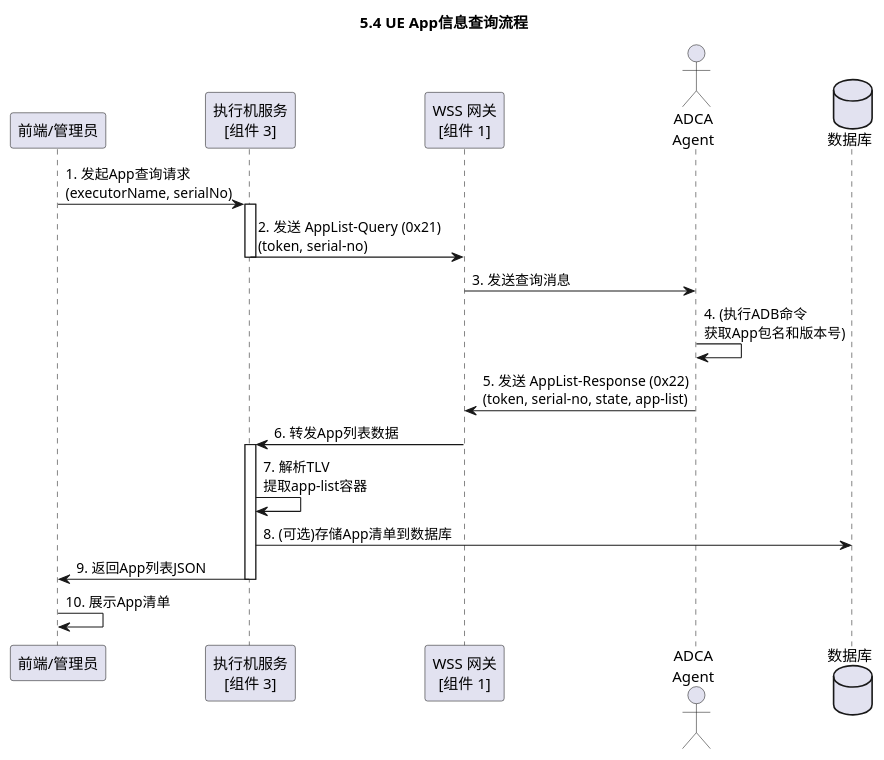
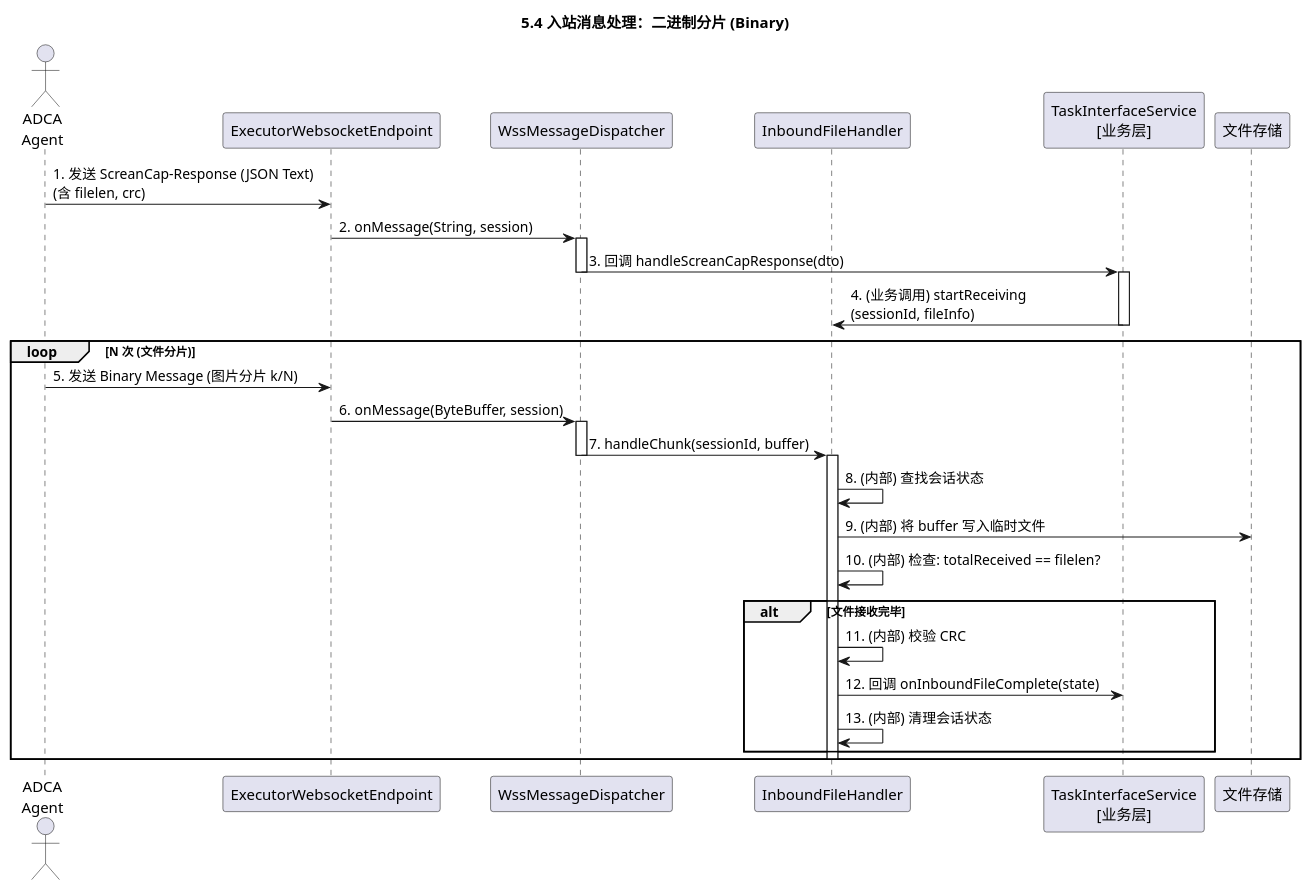
Before and after one commit to GuiHongli/DialTestCenter: the sixth of 8 diagrams in AR软件实现设计文档/执行机管理/执行机管理-WebSocket通信协议设计.md, drawn with PlantUML. The commit also changed other lines of this file and 48 other files, not shown here.

````diff
--- a/AR软件实现设计文档/执行机管理/执行机管理-WebSocket通信协议设计.md
+++ b/AR软件实现设计文档/执行机管理/执行机管理-WebSocket通信协议设计.md
@@ -596,32 +757,46 @@
 ```plantuml
 @startuml
-title 5.4 UE App信息查询流程
+title 5.4 入站消息处理：二进制分片 (Binary)
 
-participant "前端/管理员" as Admin
-participant "执行机服务\n[组件 3]" as ExecService
-participant "WSS 网关\n[组件 1]" as Wss
 actor "ADCA\nAgent" as Agent
-database "数据库" as DB
+participant "ExecutorWebsocketEndpoint" as Endpoint
+participant "WssMessageDispatcher" as Dispatcher
+participant "InboundFileHandler" as InboundHandler
+participant "TaskInterfaceService\n[业务层]" as TaskService
+participant "文件存储" as Storage
 
-Admin -> ExecService : 1. 发起App查询请求\n(executorName, serialNo)
-activate ExecService
-    ExecService -> Wss : 2. 发送 AppList-Query (0x21)\n(token, serial-no)
-deactivate ExecService
+' 步骤 1: JSON 信令先到达 (按 5.3 流程)
+Agent -> Endpoint : 1. 发送 ScreanCap-Response (JSON Text)\n(含 filelen, crc)
+Endpoint -> Dispatcher : 2. onMessage(String, session)
+activate Dispatcher
+    Dispatcher -> TaskService : 3. 回调 handleScreanCapResponse(dto)
+deactivate Dispatcher
 
-Wss -> Agent : 3. 发送查询消息
+activate TaskService
+    ' 业务层告知通信层准备接收文件
+    TaskService -> InboundHandler : 4. (业务调用) startReceiving\n(sessionId, fileInfo)
+deactivate TaskService
 
-Agent -> Agent : 4. (执行ADB命令\n获取App包名和版本号)
+' 步骤 2: 二进制分片连续到达
+loop N 次 (文件分片)
+    Agent -> Endpoint : 5. 发送 Binary Message (图片分片 k/N)
+    Endpoint -> Dispatcher : 6. onMessage(ByteBuffer, session)
 
-Agent -> Wss : 5. 发送 AppList-Response (0x22)\n(token, serial-no, state, app-list)
+    activate Dispatcher
+        Dispatcher -> InboundHandler : 7. handleChunk(sessionId, buffer)
+    deactivate Dispatcher
 
-Wss -> ExecService : 6. 转发App列表数据
-activate ExecService
-    ExecService -> ExecService : 7. 解析TLV\n提取app-list容器
-    ExecService -> DB : 8. (可选)存储App清单到数据库
-    ExecService -> Admin : 9. 返回App列表JSON
-deactivate ExecService
+    activate InboundHandler
+        InboundHandler -> InboundHandler : 8. (内部) 查找会话状态
+        InboundHandler -> Storage : 9. (内部) 将 buffer 写入临时文件
+        InboundHandler -> InboundHandler : 10. (内部) 检查: totalReceived == filelen?
 
-Admin -> Admin : 10. 展示App清单
-
+        alt 文件接收完毕
+            InboundHandler -> InboundHandler : 11. (内部) 校验 CRC
+            InboundHandler -> TaskService : 12. 回调 onInboundFileComplete(state)
+            InboundHandler -> InboundHandler : 13. (内部) 清理会话状态
+        end
+    deactivate InboundHandler
+end
 @enduml
 ```
````
